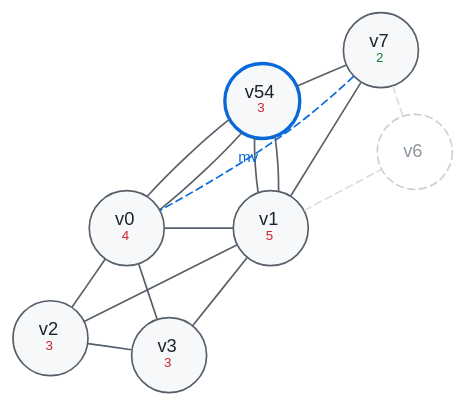
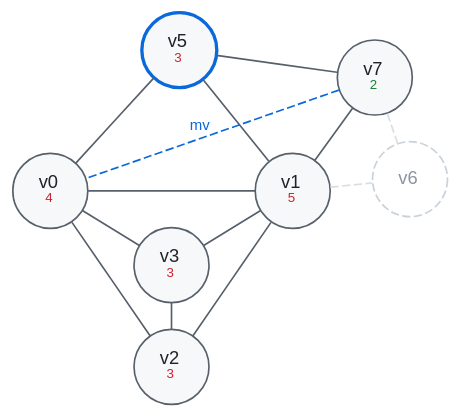
The diagram in Sable/compiler/doc/figures/wt-coalesce.dot (aita/CompLab), drawn with Graphviz before and after one commit. The commit also changed 7 other files, not shown here.

First line of the commit message:
Lay the walkthrough graphs out by hand, and stop drawing over v4

```diff
--- a/Sable/compiler/doc/figures/wt-coalesce.dot
+++ b/Sable/compiler/doc/figures/wt-coalesce.dot
@@ -1,39 +1,38 @@
 // One state of the worked example in doc/regalloc.md, section 4.  K is 3.
 // The graph, the degrees and the order of the steps all come from
 // tests/walkthrough.exe; nothing here was worked out by hand.
 //
-// The wt-*.dot files share the style block below; keep them in step.
+// The wt-*.dot files share the style block and the pinned positions
+// below; keep them in step, or a node will jump between panels.
 // Render with ./render.sh (needs graphviz).
 graph wt {
   layout = neato;
   overlap = false;
   splines = true;
   bgcolor = "transparent";
   sep = "+8";
   node [shape = circle, style = filled, fillcolor = "#f6f8fa",
         color = "#57606a", fontcolor = "#1f2328",
         fontname = "Helvetica", fontsize = 11, width = 0.62, fixedsize = true];
   edge [color = "#57606a", dir = none, fontname = "Helvetica", fontsize = 9];
-  v0 [label = <v0<BR/><FONT POINT-SIZE="8" COLOR="#cf222e">4</FONT>>, fillcolor = "#f6f8fa", color = "#57606a" pos = "0,1.5!"];
-  v1 [label = <v1<BR/><FONT POINT-SIZE="8" COLOR="#cf222e">5</FONT>>, fillcolor = "#f6f8fa", color = "#57606a" pos = "1.7,1.5!"];
-  v2 [label = <v2<BR/><FONT POINT-SIZE="8" COLOR="#cf222e">3</FONT>>, fillcolor = "#f6f8fa", color = "#57606a" pos = "-0.9,0.2!"];
-  v3 [label = <v3<BR/><FONT POINT-SIZE="8" COLOR="#cf222e">3</FONT>>, fillcolor = "#f6f8fa", color = "#57606a" pos = "0.5,0!"];
-  v5 [label = <v54<BR/><FONT POINT-SIZE="8" COLOR="#cf222e">3</FONT>>, fillcolor = "#f6f8fa", color = "#0969da", penwidth = 2 pos = "1.6,3!"];
-  v6 [label = <<FONT COLOR="#8c959f">v6</FONT>>, style = "filled,dashed", fillcolor = "#ffffff", color = "#c9d1d9" pos = "3.4,2.4!"];
-  v7 [label = <v7<BR/><FONT POINT-SIZE="8" COLOR="#1a7f37">2</FONT>>, fillcolor = "#f6f8fa", color = "#57606a" pos = "3,3.6!"];
+  v0 [label = <v0<BR/><FONT POINT-SIZE="8" COLOR="#cf222e">4</FONT>>, fillcolor = "#f6f8fa", color = "#57606a" pos = "-1.55,0.1!"];
+  v1 [label = <v1<BR/><FONT POINT-SIZE="8" COLOR="#cf222e">5</FONT>>, fillcolor = "#f6f8fa", color = "#57606a" pos = "1.55,0.1!"];
+  v2 [label = <v2<BR/><FONT POINT-SIZE="8" COLOR="#cf222e">3</FONT>>, fillcolor = "#f6f8fa", color = "#57606a" pos = "0,-2.15!"];
+  v3 [label = <v3<BR/><FONT POINT-SIZE="8" COLOR="#cf222e">3</FONT>>, fillcolor = "#f6f8fa", color = "#57606a" pos = "0,-0.85!"];
+  v5 [label = <v5<BR/><FONT POINT-SIZE="8" COLOR="#cf222e">3</FONT>>, fillcolor = "#f6f8fa", color = "#0969da", penwidth = 2 pos = "0.1,1.9!"];
+  v6 [label = <<FONT COLOR="#8c959f">v6</FONT>>, style = "filled,dashed", fillcolor = "#ffffff", color = "#c9d1d9" pos = "3.05,0.25!"];
+  v7 [label = <v7<BR/><FONT POINT-SIZE="8" COLOR="#1a7f37">2</FONT>>, fillcolor = "#f6f8fa", color = "#57606a" pos = "2.6,1.55!"];
   v0 -- v1 [color = "#57606a"];
   v0 -- v2 [color = "#57606a"];
   v0 -- v3 [color = "#57606a"];
   v0 -- v5 [color = "#57606a"];
-  v0 -- v5 [color = "#57606a"];
   v1 -- v2 [color = "#57606a"];
   v1 -- v3 [color = "#57606a"];
-  v1 -- v5 [color = "#57606a"];
   v1 -- v5 [color = "#57606a"];
   v1 -- v6 [color = "#d8dee4", style = dashed];
   v1 -- v7 [color = "#57606a"];
   v2 -- v3 [color = "#57606a"];
   v5 -- v7 [color = "#57606a"];
   v6 -- v7 [color = "#d8dee4", style = dashed];
   v7 -- v0 [style = dashed, color = "#0969da", label = "mv", fontcolor = "#0969da"];
 }
```
